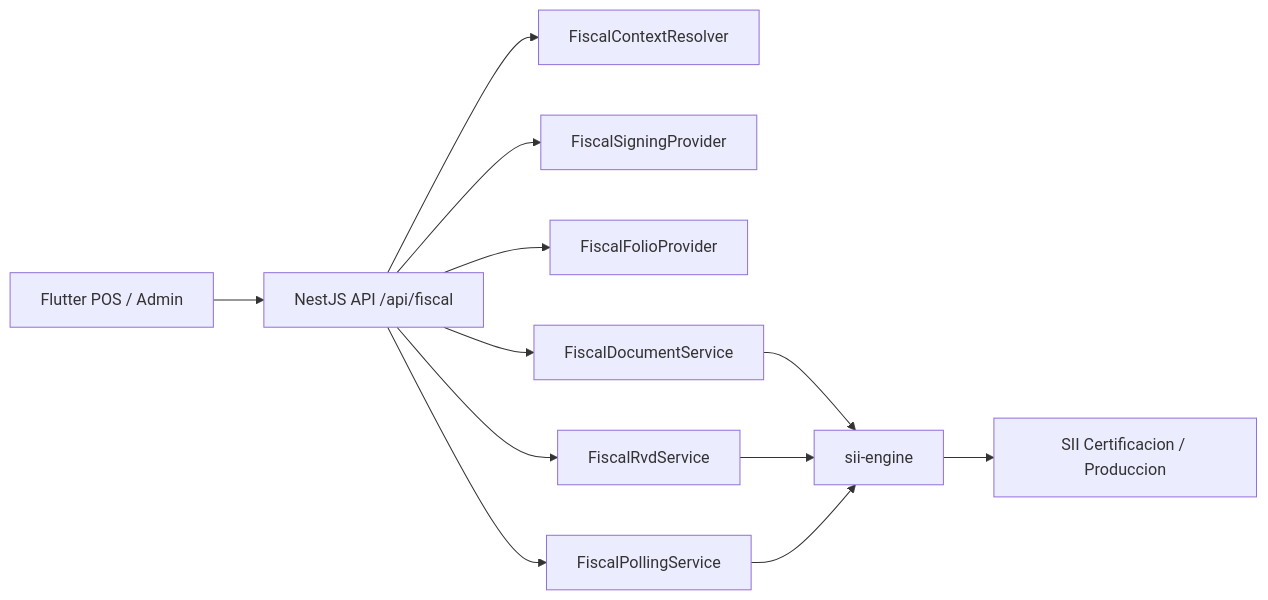
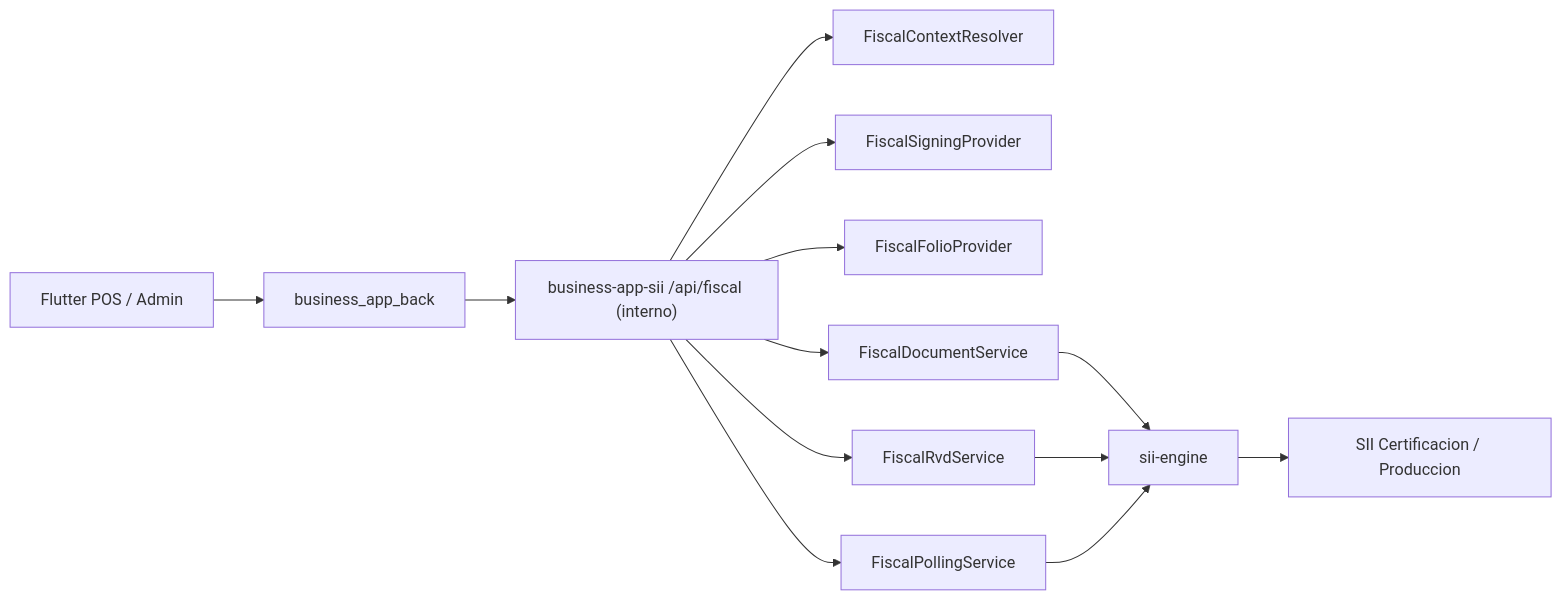
Before and after one commit to TESBrunoBRM/nestjspossistem: the diagram in README.md, drawn with Mermaid. The commit also changed other lines of this file and 104 other files, not shown here.

Commit message:
new architecture and tests working

````diff
--- a/README.md
+++ b/README.md
@@ -17,14 +36,15 @@
 ```mermaid
 flowchart LR
-  Flutter["Flutter POS / Admin"] --> Nest["NestJS API /api/fiscal"]
+  Flutter["Flutter POS / Admin"] --> Back["business_app_back"]
+  Back --> Nest["business-app-sii /api/fiscal (interno)"]
   Nest --> Context["FiscalContextResolver"]
   Nest --> Signing["FiscalSigningProvider"]
   Nest --> Folios["FiscalFolioProvider"]
   Nest --> Docs["FiscalDocumentService"]
   Nest --> RVD["FiscalRvdService"]
   Nest --> Polling["FiscalPollingService"]
   Docs --> Engine["sii-engine"]
   RVD --> Engine
   Polling --> Engine
   Engine --> SII["SII Certificacion / Produccion"]
 ```
````
